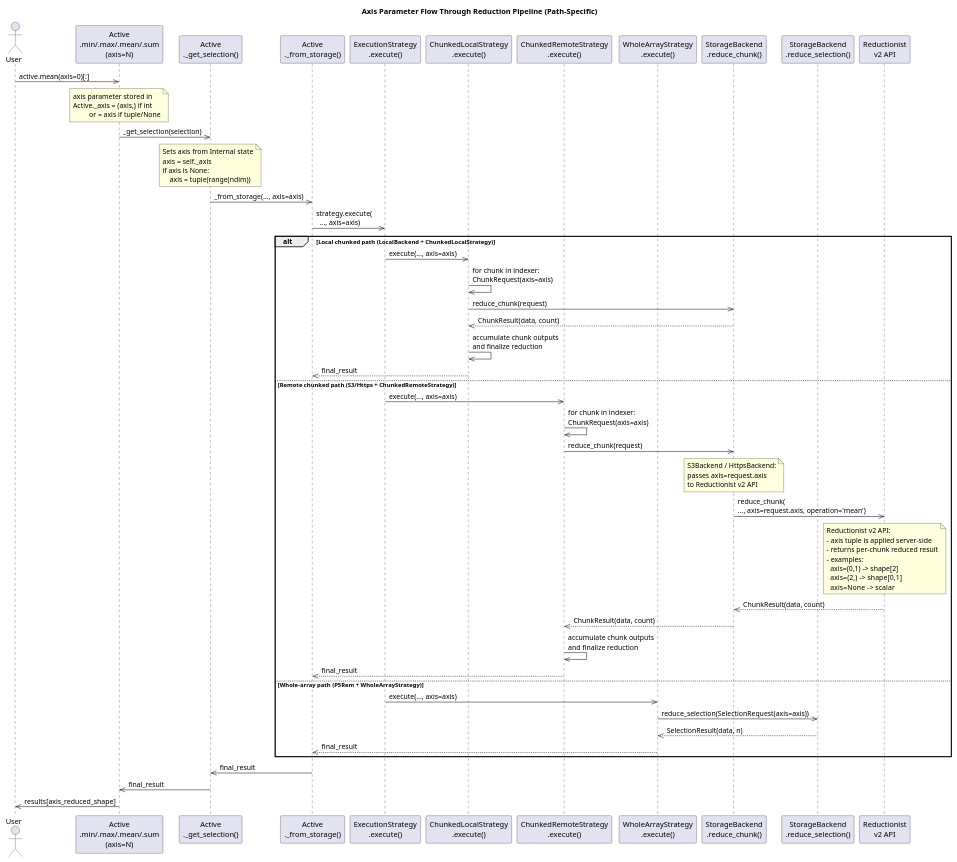
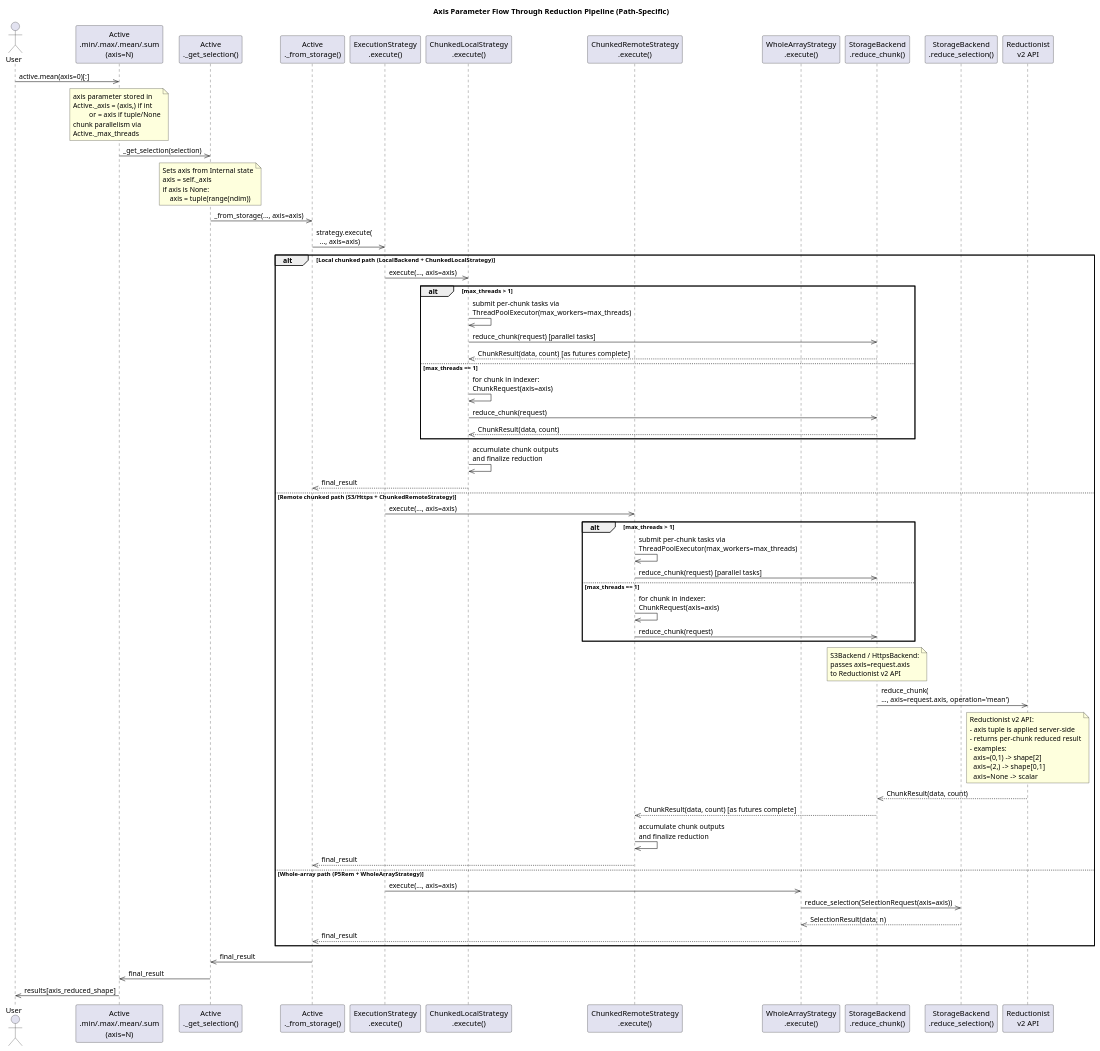
Before and after one commit to NCAS-CMS/PyActiveStorage: the diagram in docs4understanding/axis_flow_v1.puml, drawn with PlantUML. The commit also changed 4 other files, not shown here.

```diff
--- a/docs4understanding/axis_flow_v1.puml
+++ b/docs4understanding/axis_flow_v1.puml
@@ -1,85 +1,98 @@
 @startuml axis_flow_v1
 
 title "Axis Parameter Flow Through Reduction Pipeline (Path-Specific)"
 
 actor User
 
 participant "Active\n.min/.max/.mean/.sum\n(axis=N)" as Active
 participant "Active\n._get_selection()" as GetSelection
 participant "Active\n._from_storage()" as FromStorage
 participant "ExecutionStrategy\n.execute()" as Strategy
 participant "ChunkedLocalStrategy\n.execute()" as LocalStrat
 participant "ChunkedRemoteStrategy\n.execute()" as RemoteStrat
 participant "WholeArrayStrategy\n.execute()" as WholeStrat
 participant "StorageBackend\n.reduce_chunk()" as ChunkBackend
 participant "StorageBackend\n.reduce_selection()" as SelBackend
 participant "Reductionist\nv2 API" as Reductionist
 
 User ->> Active: active.mean(axis=0)[:]
 
 note over Active
   axis parameter stored in
   Active._axis = (axis,) if int
            or = axis if tuple/None
+  chunk parallelism via
+  Active._max_threads
 end note
 
 Active ->> GetSelection: _get_selection(selection)
 note over GetSelection
   Sets axis from Internal state
   axis = self._axis
   if axis is None:
       axis = tuple(range(ndim))
 end note
 
 GetSelection ->> FromStorage: _from_storage(..., axis=axis)
 
 FromStorage ->> Strategy: strategy.execute(\n  ..., axis=axis)
 
 alt Local chunked path (LocalBackend + ChunkedLocalStrategy)
   Strategy ->> LocalStrat: execute(..., axis=axis)
-  LocalStrat ->> LocalStrat: for chunk in indexer:\nChunkRequest(axis=axis)
-  LocalStrat ->> ChunkBackend: reduce_chunk(request)
-  ChunkBackend -->> LocalStrat: ChunkResult(data, count)
+  alt max_threads > 1
+    LocalStrat ->> LocalStrat: submit per-chunk tasks via\nThreadPoolExecutor(max_workers=max_threads)
+    LocalStrat ->> ChunkBackend: reduce_chunk(request) [parallel tasks]
+    ChunkBackend -->> LocalStrat: ChunkResult(data, count) [as futures complete]
+  else max_threads == 1
+    LocalStrat ->> LocalStrat: for chunk in indexer:\nChunkRequest(axis=axis)
+    LocalStrat ->> ChunkBackend: reduce_chunk(request)
+    ChunkBackend -->> LocalStrat: ChunkResult(data, count)
+  end
   LocalStrat ->> LocalStrat: accumulate chunk outputs\nand finalize reduction
   LocalStrat -->> FromStorage: final_result
 else Remote chunked path (S3/Https + ChunkedRemoteStrategy)
   Strategy ->> RemoteStrat: execute(..., axis=axis)
-  RemoteStrat ->> RemoteStrat: for chunk in indexer:\nChunkRequest(axis=axis)
-  RemoteStrat ->> ChunkBackend: reduce_chunk(request)
+  alt max_threads > 1
+    RemoteStrat ->> RemoteStrat: submit per-chunk tasks via\nThreadPoolExecutor(max_workers=max_threads)
+    RemoteStrat ->> ChunkBackend: reduce_chunk(request) [parallel tasks]
+  else max_threads == 1
+    RemoteStrat ->> RemoteStrat: for chunk in indexer:\nChunkRequest(axis=axis)
+    RemoteStrat ->> ChunkBackend: reduce_chunk(request)
+  end
 
   note over ChunkBackend
     S3Backend / HttpsBackend:
     passes axis=request.axis
     to Reductionist v2 API
   end note
 
   ChunkBackend ->> Reductionist: reduce_chunk(\n..., axis=request.axis, operation='mean')
 
   note over Reductionist
     Reductionist v2 API:
     - axis tuple is applied server-side
     - returns per-chunk reduced result
     - examples:
       axis=(0,1) -> shape[2]
       axis=(2,)  -> shape[0,1]
       axis=None  -> scalar
   end note
 
   Reductionist -->> ChunkBackend: ChunkResult(data, count)
-  ChunkBackend -->> RemoteStrat: ChunkResult(data, count)
+  ChunkBackend -->> RemoteStrat: ChunkResult(data, count) [as futures complete]
   RemoteStrat ->> RemoteStrat: accumulate chunk outputs\nand finalize reduction
   RemoteStrat -->> FromStorage: final_result
 else Whole-array path (P5Rem + WholeArrayStrategy)
   Strategy ->> WholeStrat: execute(..., axis=axis)
   WholeStrat ->> SelBackend: reduce_selection(SelectionRequest(axis=axis))
   SelBackend -->> WholeStrat: SelectionResult(data, n)
   WholeStrat -->> FromStorage: final_result
 end
 
 FromStorage ->> GetSelection: final_result
 
 GetSelection ->> Active: final_result
 
 Active ->> User: results[axis_reduced_shape]
 
 @enduml
```
